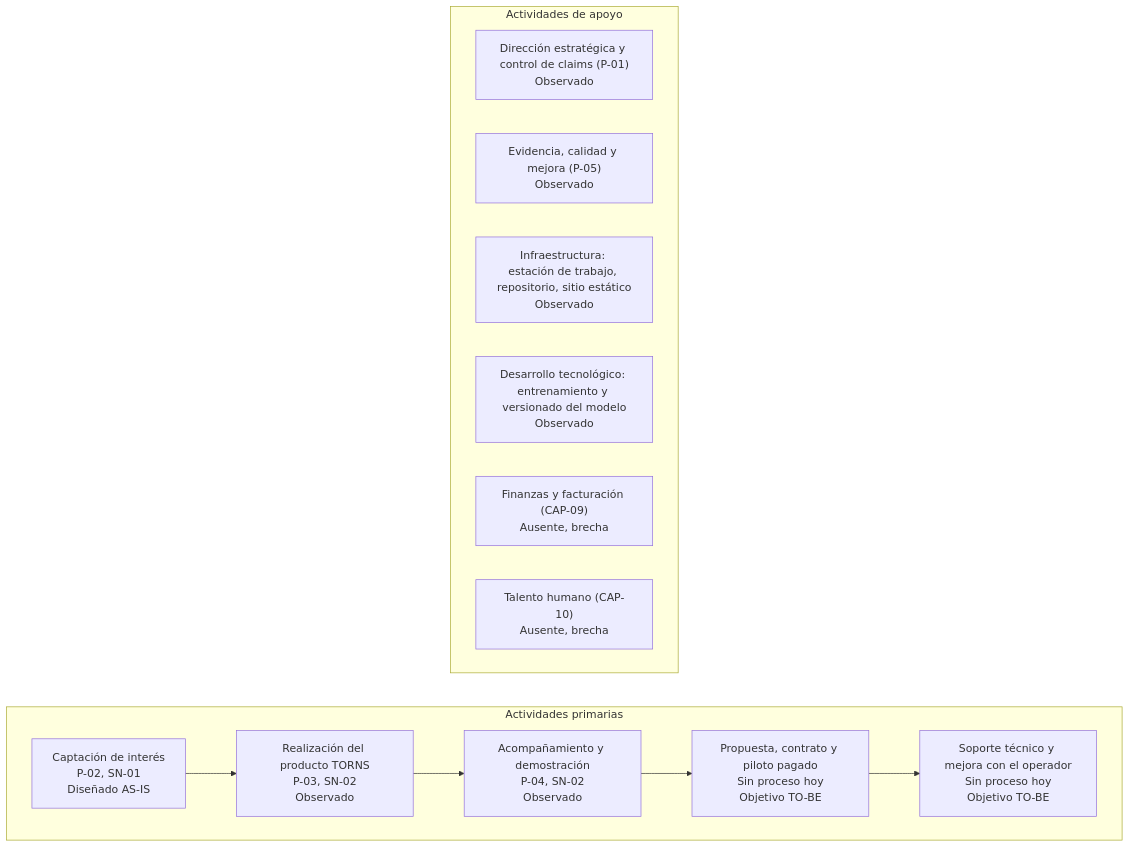
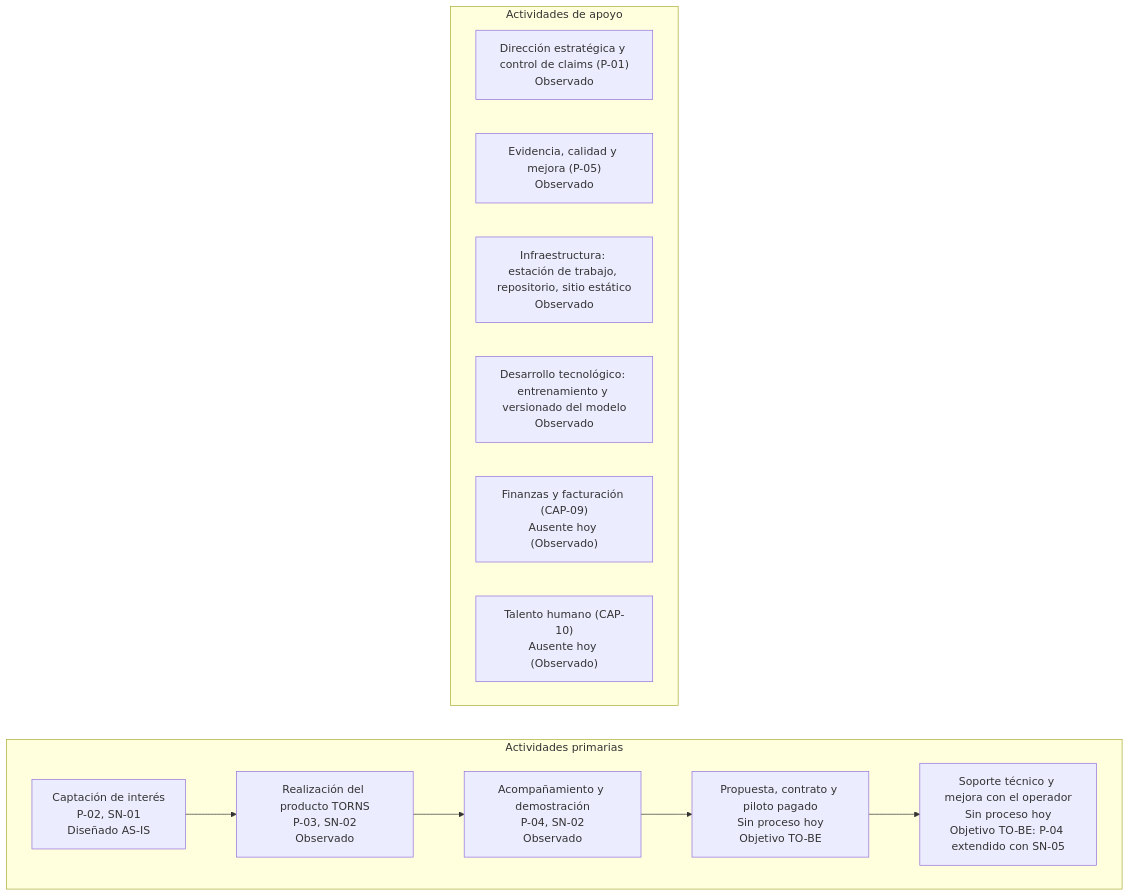
One commit to 5arSanti/tro-launcher changed the diagram in docs/ae-final-project/ondas/M1-negocio/complementos/imagenes/mmd/cadena-de-valor.mmd. Above: the diagram before and after it, drawn with Mermaid. The commit also changed 28 other files, not shown here.

```diff
--- a/docs/ae-final-project/ondas/M1-negocio/complementos/imagenes/mmd/cadena-de-valor.mmd
+++ b/docs/ae-final-project/ondas/M1-negocio/complementos/imagenes/mmd/cadena-de-valor.mmd
@@ -1,20 +1,20 @@
 flowchart TB
     subgraph APOYO["Actividades de apoyo"]
         direction LR
         A1["Dirección estratégica y control de claims (P-01)<br/>Observado"]
         A2["Evidencia, calidad y mejora (P-05)<br/>Observado"]
         A3["Infraestructura: estación de trabajo, repositorio, sitio estático<br/>Observado"]
         A4["Desarrollo tecnológico: entrenamiento y versionado del modelo<br/>Observado"]
-        A5["Finanzas y facturación (CAP-09)<br/>Ausente, brecha"]
-        A6["Talento humano (CAP-10)<br/>Ausente, brecha"]
+        A5["Finanzas y facturación (CAP-09)<br/>Ausente hoy (Observado)"]
+        A6["Talento humano (CAP-10)<br/>Ausente hoy (Observado)"]
     end
     subgraph PRIM["Actividades primarias"]
         direction LR
         B1["Captación de interés<br/>P-02, SN-01<br/>Diseñado AS-IS"]
         B2["Realización del producto TORNS<br/>P-03, SN-02<br/>Observado"]
         B3["Acompañamiento y demostración<br/>P-04, SN-02<br/>Observado"]
         B4["Propuesta, contrato y piloto pagado<br/>Sin proceso hoy<br/>Objetivo TO-BE"]
-        B5["Soporte técnico y mejora con el operador<br/>Sin proceso hoy<br/>Objetivo TO-BE"]
+        B5["Soporte técnico y mejora con el operador<br/>Sin proceso hoy<br/>Objetivo TO-BE: P-04 extendido con SN-05"]
         B1 --> B2 --> B3 --> B4 --> B5
     end
     APOYO ~~~ PRIM
```
